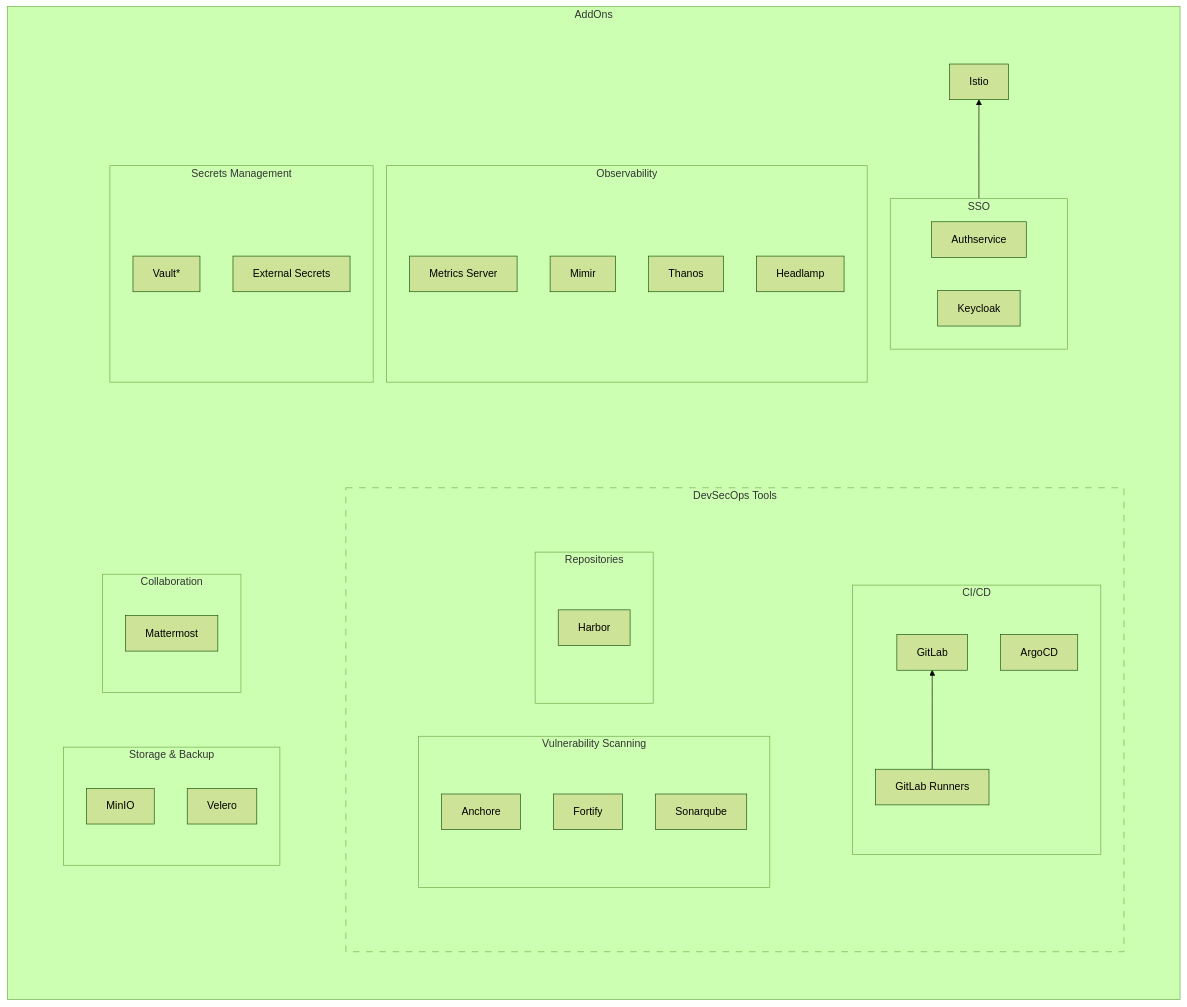
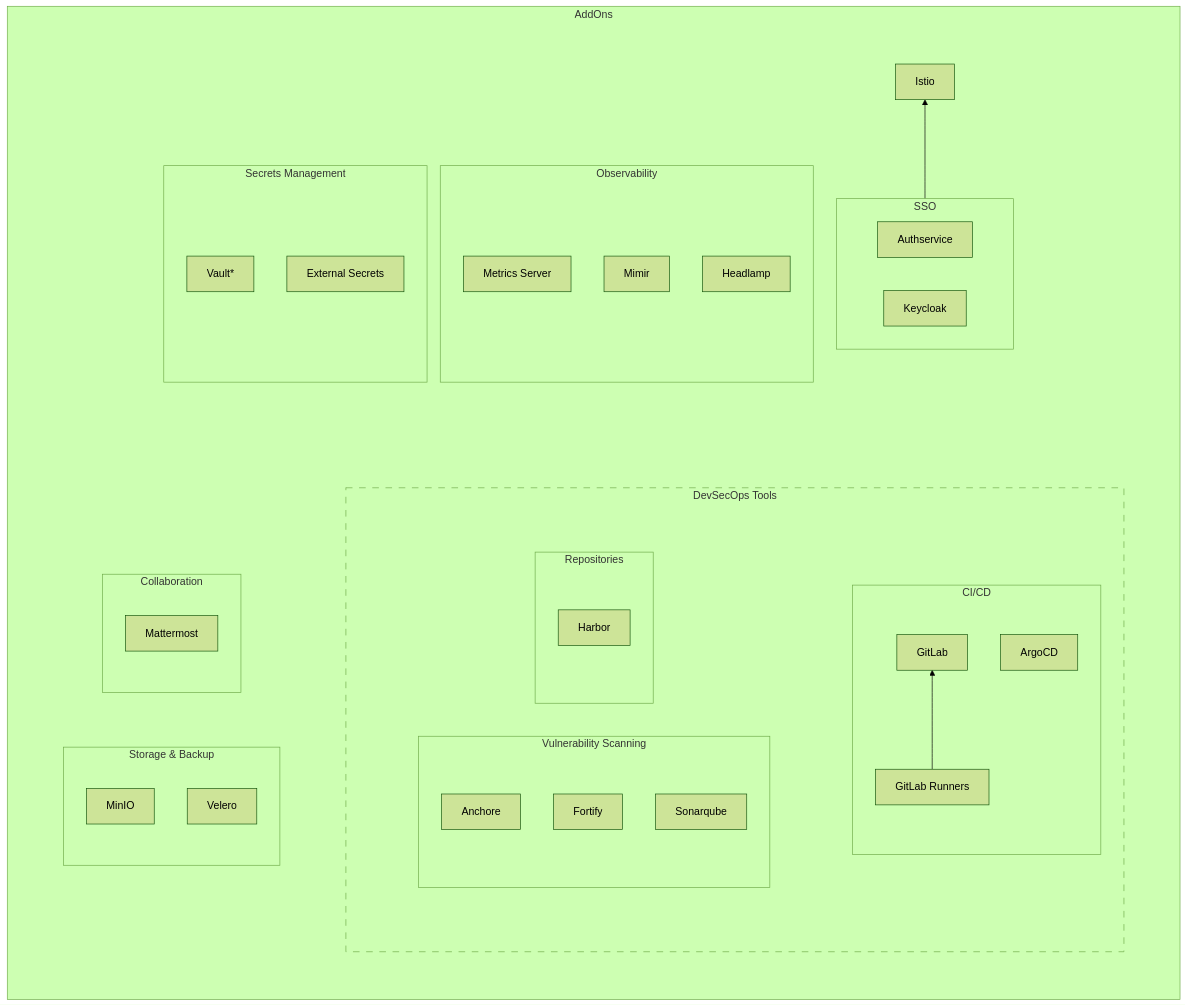
One commit to shebashio/bigbang changed the second of 2 diagrams in docs/packages/categorization.md. Above: the diagram before and after it, drawn with Mermaid (forest theme). The commit also changed other lines of this file and 35 other files, not shown here.

```diff
--- a/docs/packages/categorization.md
+++ b/docs/packages/categorization.md
@@ -167,7 +167,6 @@
         subgraph Obs[Observability]
           Metrics[Metrics Server]
           Mimir
-          Thanos
           Headlamp
         end
 
```
